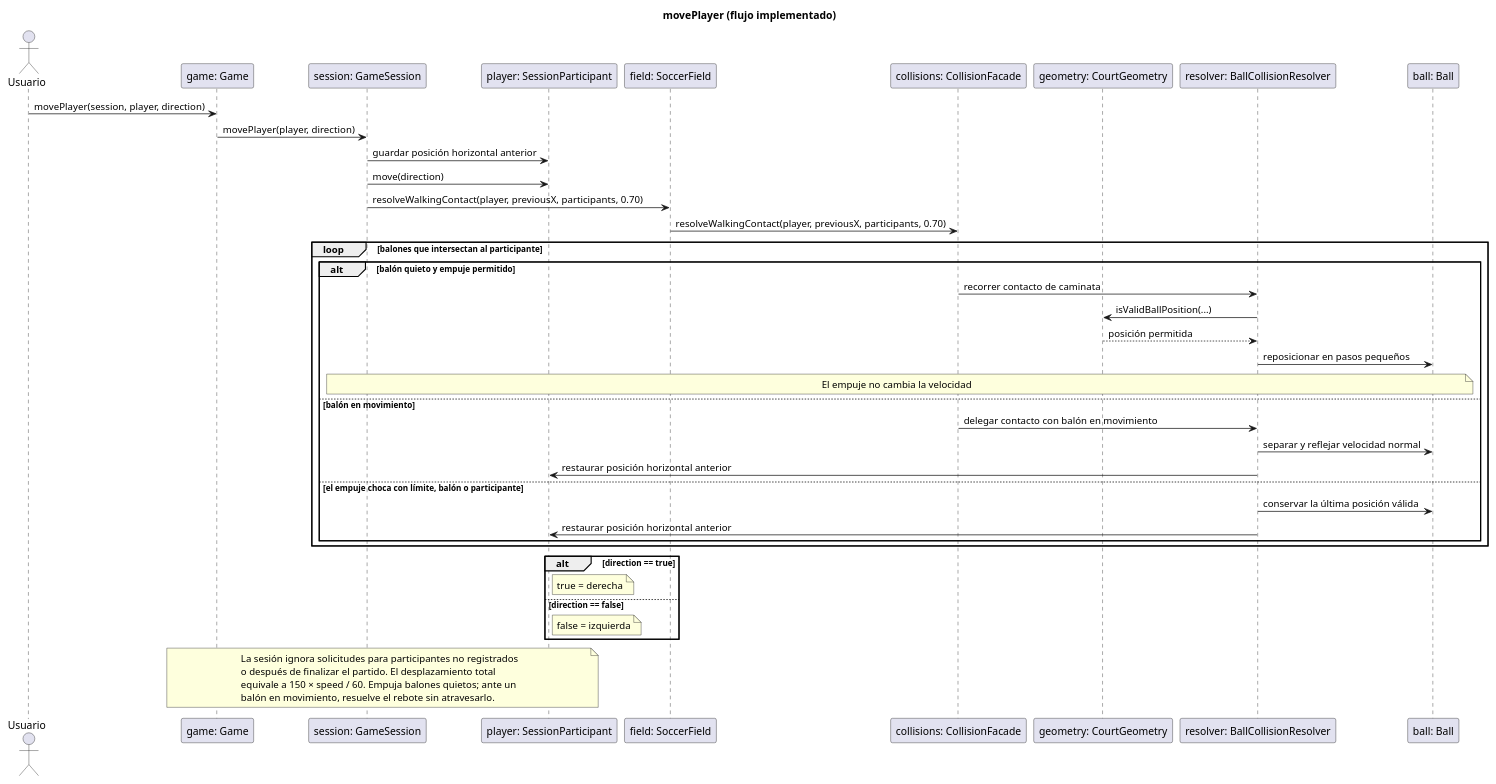
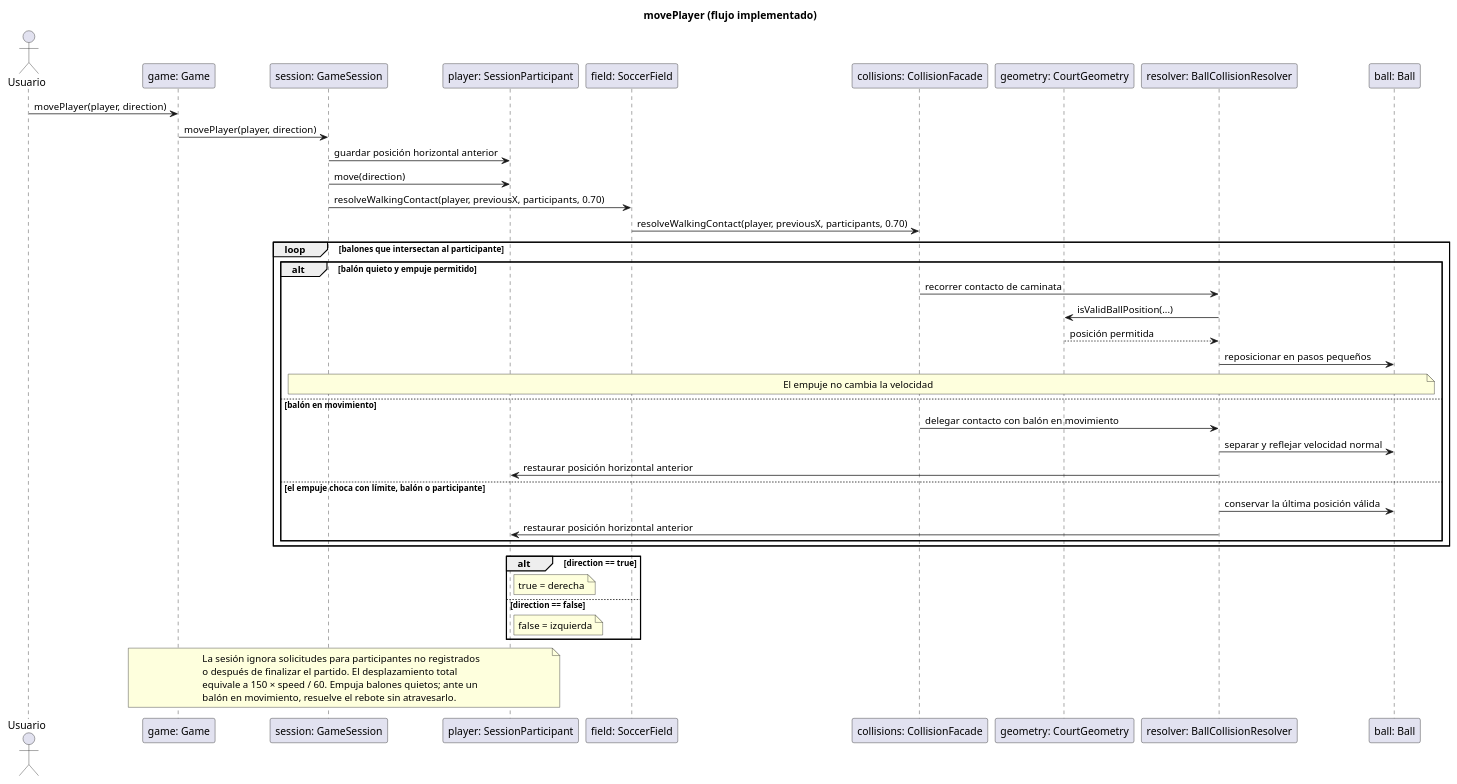
One commit to PaglkG/ProyectoFinal-Dopo changed the third of 9 diagrams in docs/uml/domain-sequences.puml. Above: the diagram before and after it, drawn with PlantUML. The commit also changed other lines of this file and 19 other files, not shown here.

```diff
--- a/docs/uml/domain-sequences.puml
+++ b/docs/uml/domain-sequences.puml
@@ -24,45 +23,45 @@
 @startuml
 title movePlayer (flujo implementado)
 actor Usuario
 participant "game: Game" as G
 participant "session: GameSession" as S
 participant "player: SessionParticipant" as P
 participant "field: SoccerField" as F
 participant "collisions: CollisionFacade" as C
 participant "geometry: CourtGeometry" as CG
 participant "resolver: BallCollisionResolver" as BR
 participant "ball: Ball" as B
-Usuario -> G: movePlayer(session, player, direction)
+Usuario -> G: movePlayer(player, direction)
 G -> S: movePlayer(player, direction)
 S -> P: guardar posición horizontal anterior
 S -> P: move(direction)
 S -> F: resolveWalkingContact(player, previousX, participants, 0.70)
 F -> C: resolveWalkingContact(player, previousX, participants, 0.70)
 loop balones que intersectan al participante
   alt balón quieto y empuje permitido
     C -> BR: recorrer contacto de caminata
     BR -> CG: isValidBallPosition(...)
     CG --> BR: posición permitida
     BR -> B: reposicionar en pasos pequeños
     note over S,B: El empuje no cambia la velocidad
   else balón en movimiento
     C -> BR: delegar contacto con balón en movimiento
     BR -> B: separar y reflejar velocidad normal
     BR -> P: restaurar posición horizontal anterior
   else el empuje choca con límite, balón o participante
     BR -> B: conservar la última posición válida
     BR -> P: restaurar posición horizontal anterior
   end
 end
 alt direction == true
   note right of P: true = derecha
 else direction == false
   note right of P: false = izquierda
 end
 note over G,P
   La sesión ignora solicitudes para participantes no registrados
   o después de finalizar el partido. El desplazamiento total
   equivale a 150 × speed / 60. Empuja balones quietos; ante un
   balón en movimiento, resuelve el rebote sin atravesarlo.
 end note
 @enduml
```
